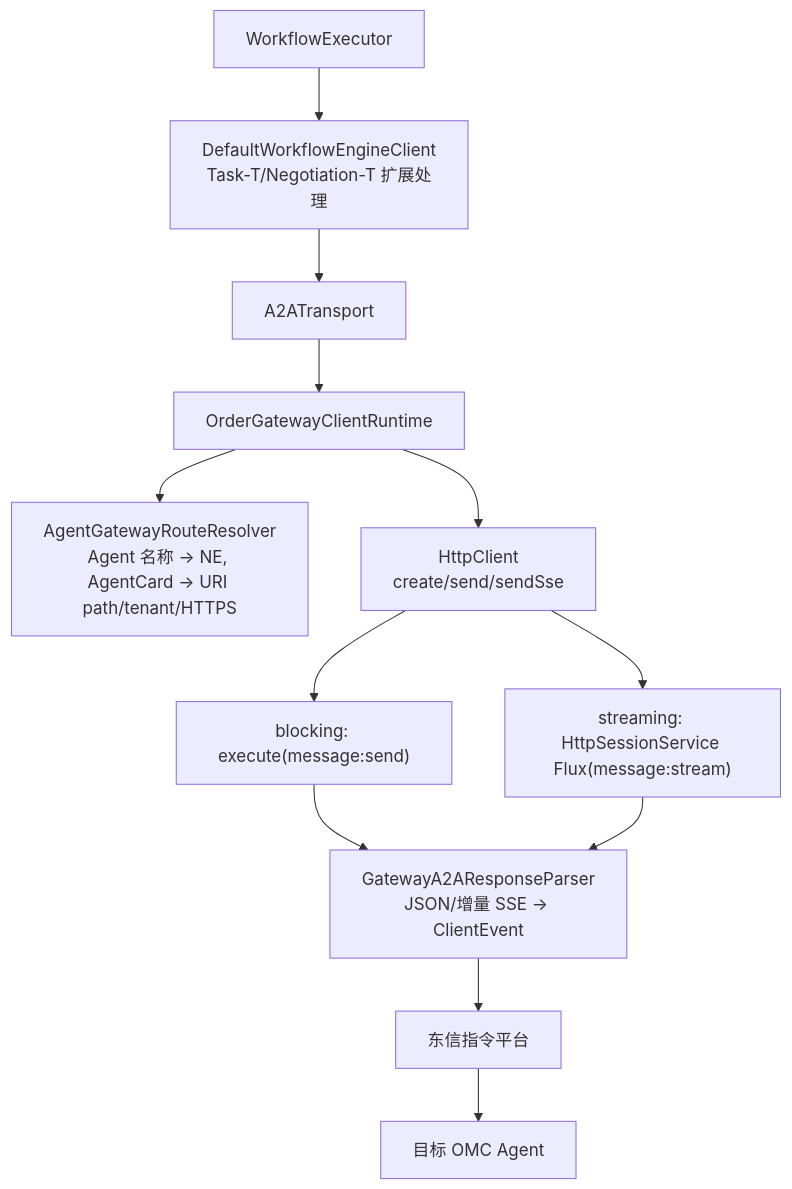
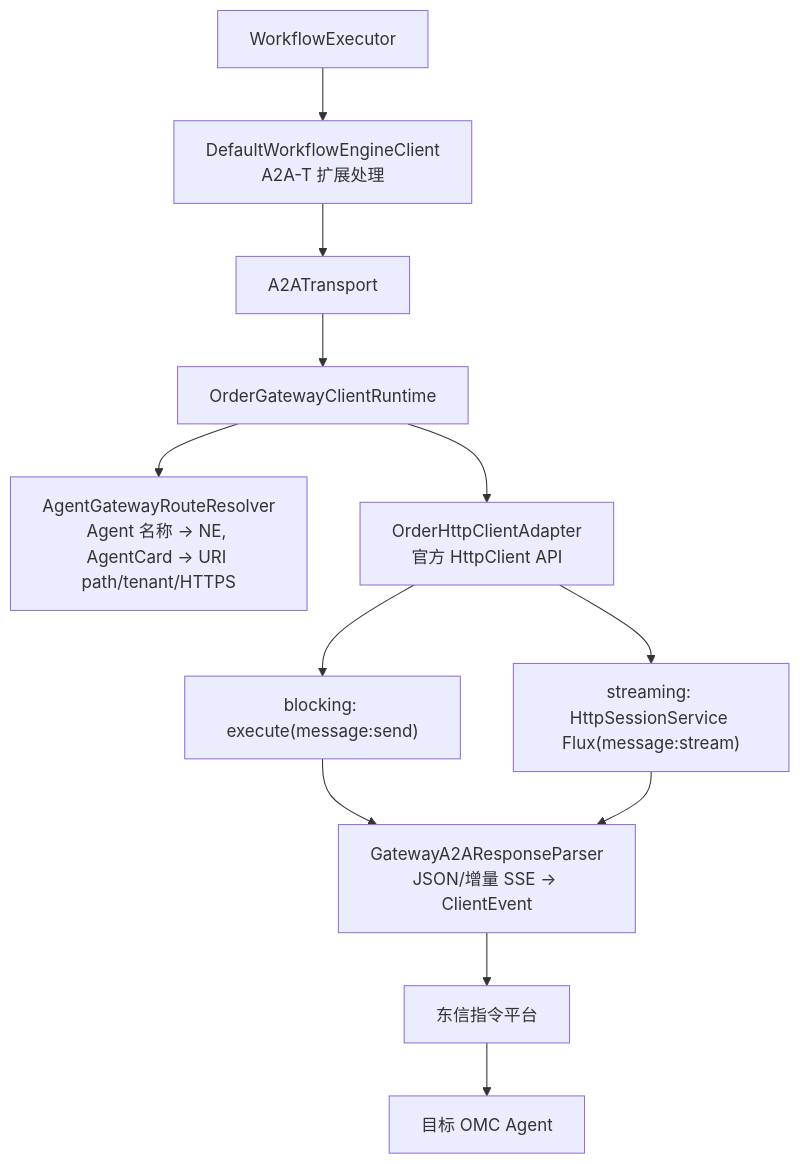
One commit to Zhoujie628/workflow-engine-sdk-java changed the diagram in docs/zh/指令平台适配指南.md. Above: the diagram before and after it, drawn with Mermaid. The commit also changed other lines of this file and 6 other files, not shown here.

````diff
--- a/docs/zh/指令平台适配指南.md
+++ b/docs/zh/指令平台适配指南.md
@@ -7,23 +7,23 @@
 ```mermaid
 graph TD
     WE["WorkflowExecutor"]
-    DWEC["DefaultWorkflowEngineClient<br/>Task-T/Negotiation-T 扩展处理"]
+    DWEC["DefaultWorkflowEngineClient<br/>A2A-T 扩展处理"]
     AT["A2ATransport"]
     OGCR["OrderGatewayClientRuntime"]
     AGRR["AgentGatewayRouteResolver<br/>Agent 名称 -> NE, AgentCard -> URI path/tenant/HTTPS"]
-    OHSC["HttpClient<br/>create/send/sendSse"]
+    OHC["OrderHttpClientAdapter<br/>官方 HttpClient API"]
     BLOCK["blocking: execute(message:send)"]
     STREAM["streaming: HttpSessionService Flux(message:stream)"]
     GARP["GatewayA2AResponseParser<br/>JSON/增量 SSE -> ClientEvent"]
     PLATFORM["东信指令平台"]
     OMC["目标 OMC Agent"]
 
     WE --> DWEC --> AT --> OGCR
     OGCR --> AGRR
-    OGCR --> OHSC
-    OHSC --> BLOCK
-    OHSC --> STREAM
+    OGCR --> OHC
+    OHC --> BLOCK
+    OHC --> STREAM
     BLOCK --> GARP
     STREAM --> GARP
     GARP --> PLATFORM --> OMC
 ```
````
